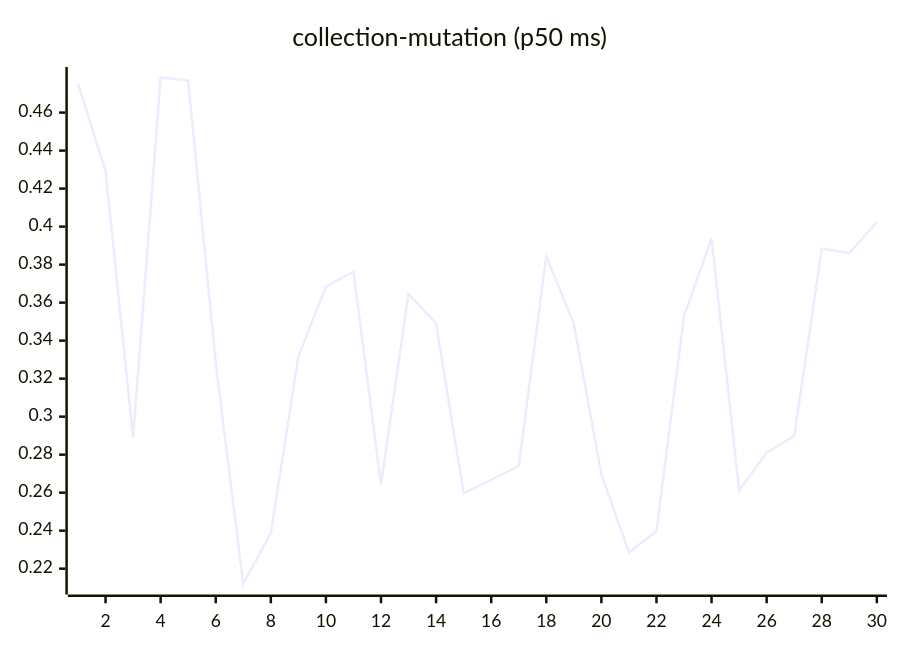
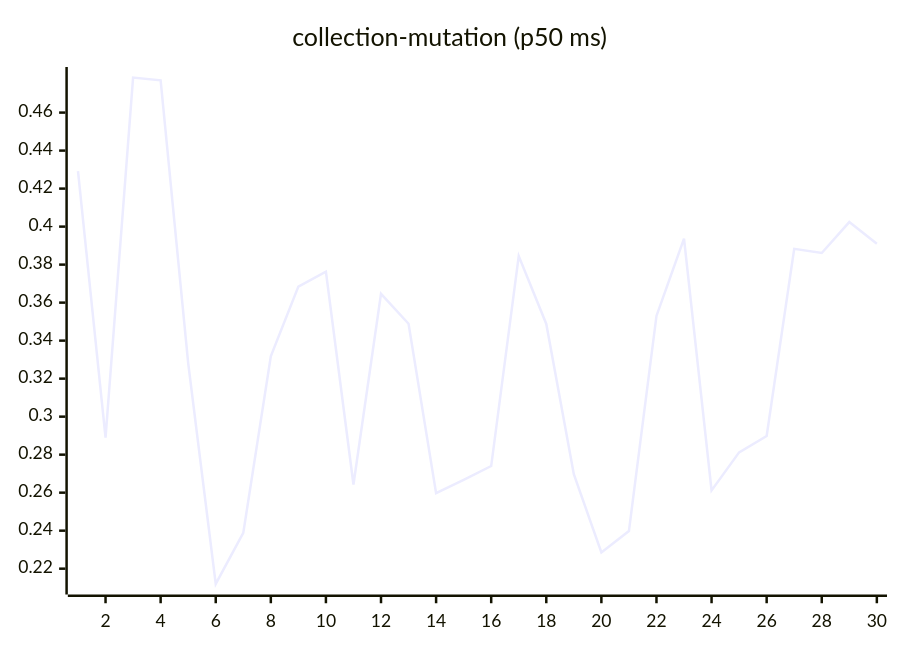
The sixth of 27 diagrams in README.md (josha/Facet), drawn with Mermaid before and after one commit. The commit also changed other lines of this file and 2 other files, not shown here.

````diff
--- a/README.md
+++ b/README.md
@@ -98,6 +98,6 @@
 ```mermaid
 xychart-beta
     title "collection-mutation (p50 ms)"
     x-axis 1 --> 30
-    line [0.4753, 0.4292, 0.2890, 0.4784, 0.4770, 0.3282, 0.2120, 0.2388, 0.3318, 0.3684, 0.3763, 0.2643, 0.3646, 0.3489, 0.2597, 0.2667, 0.2740, 0.3845, 0.3488, 0.2697, 0.2285, 0.2398, 0.3530, 0.3937, 0.2612, 0.2812, 0.2898, 0.3883, 0.3861, 0.4024]
+    line [0.4292, 0.2890, 0.4784, 0.4770, 0.3282, 0.2120, 0.2388, 0.3318, 0.3684, 0.3763, 0.2643, 0.3646, 0.3489, 0.2597, 0.2667, 0.2740, 0.3845, 0.3488, 0.2697, 0.2285, 0.2398, 0.3530, 0.3937, 0.2612, 0.2812, 0.2898, 0.3883, 0.3861, 0.4024, 0.3910]
 ```
````
